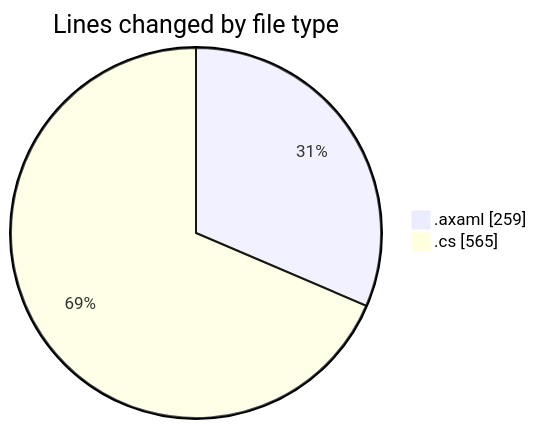
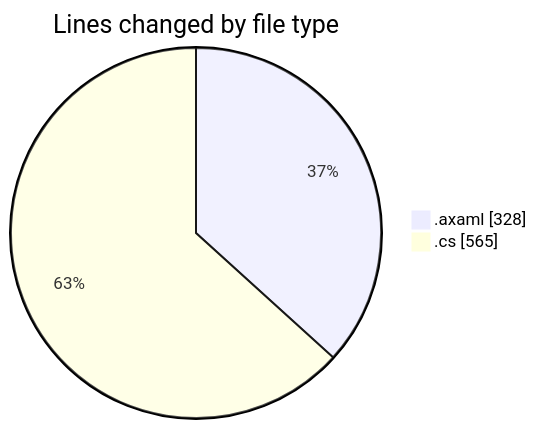
The first of 2 diagrams in 2025-11-01/skintrack/README.md (Netris89/code-tracking), drawn with Mermaid before and after one commit. The commit also changed other lines of this file and 1 other file, not shown here.

````diff
--- a/2025-11-01/skintrack/README.md
+++ b/2025-11-01/skintrack/README.md
@@ -26,6 +26,6 @@
 ```mermaid
 pie showData
 title Lines changed by file type
-".axaml" : 259
+".axaml" : 328
 ".cs" : 565
 ```
````
